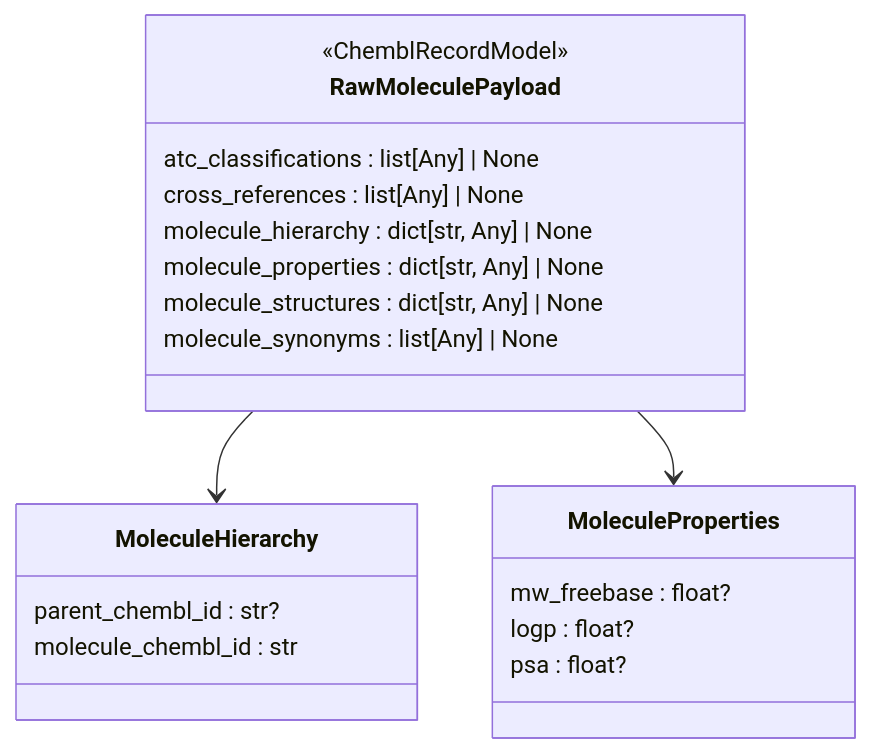
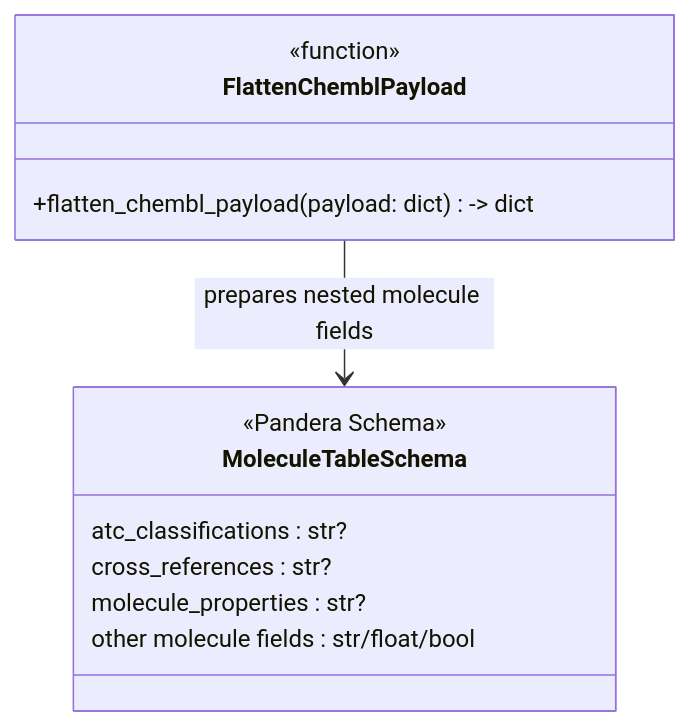
The diagram in docs/architecture/diagrams/class/32-molecule-model-structure.mmd (SatoryKono/BioactivityDataAcquisition), drawn with Mermaid before and after one commit. The commit also changed 57 other files, not shown here.

```diff
--- a/docs/architecture/diagrams/class/32-molecule-model-structure.mmd
+++ b/docs/architecture/diagrams/class/32-molecule-model-structure.mmd
@@ -1,23 +1,15 @@
 %%{init: {"class": {"domainPrimary": {"fill": "#f5f5f5", "stroke": "#444", "strokeWidth": 1.5, "color": "#111", "fontSize": "22px"}, "domainSecondary": {"fill": "#e3e7ec", "stroke": "#555", "strokeWidth": 1.2, "color": "#111", "fontSize": "18px"}, "interface": {"fill": "#dde7f2", "stroke": "#44546a", "strokeWidth": 1.5, "color": "#111", "fontSize": "22px"}}}}%%
 classDiagram
-    class RawMoleculePayload {
-        <<ChemblRecordModel>>
-        atc_classifications : list[Any] | None
-        cross_references : list[Any] | None
-        molecule_hierarchy : dict[str, Any] | None
-        molecule_properties : dict[str, Any] | None
-        molecule_structures : dict[str, Any] | None
-        molecule_synonyms : list[Any] | None
+    class FlattenChemblPayload {
+        <<function>>
+        +flatten_chembl_payload(payload: dict) -> dict
     }
-    class MoleculeHierarchy {
-        parent_chembl_id : str?
-        molecule_chembl_id : str
-    }
-    class MoleculeProperties {
-        mw_freebase : float?
-        logp : float?
-        psa : float?
+    class MoleculeTableSchema {
+        <<Pandera Schema>>
+        atc_classifications : str?
+        cross_references : str?
+        molecule_properties : str?
+        other molecule fields : str/float/bool
     }
 
-    RawMoleculePayload --> MoleculeHierarchy
-    RawMoleculePayload --> MoleculeProperties
+    FlattenChemblPayload --> MoleculeTableSchema : prepares nested molecule fields
```
